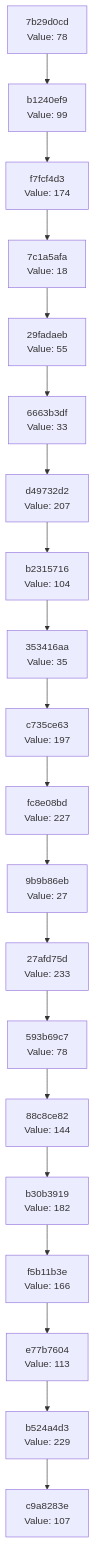
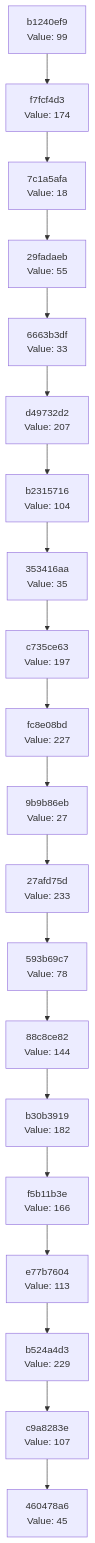
The diagram in docs/CHAIN_VISUALIZATION.md (Abhisheksinha1506/hash-chain-evolver), drawn with Mermaid before and after one commit. The commit also changed 2 other files, not shown here.

Commit message:
Evolution step: hash 0x2D → action executed

````diff
--- a/docs/CHAIN_VISUALIZATION.md
+++ b/docs/CHAIN_VISUALIZATION.md
@@ -3,42 +3,42 @@
 ```mermaid
 graph TD
-    C0["c9a8283e<br/>Value: 107"]
-    C1["b524a4d3<br/>Value: 229"]
+    C0["460478a6<br/>Value: 45"]
+    C1["c9a8283e<br/>Value: 107"]
     C1 --> C0
-    C2["e77b7604<br/>Value: 113"]
+    C2["b524a4d3<br/>Value: 229"]
     C2 --> C1
-    C3["f5b11b3e<br/>Value: 166"]
+    C3["e77b7604<br/>Value: 113"]
     C3 --> C2
-    C4["b30b3919<br/>Value: 182"]
+    C4["f5b11b3e<br/>Value: 166"]
     C4 --> C3
-    C5["88c8ce82<br/>Value: 144"]
+    C5["b30b3919<br/>Value: 182"]
     C5 --> C4
-    C6["593b69c7<br/>Value: 78"]
+    C6["88c8ce82<br/>Value: 144"]
     C6 --> C5
-    C7["27afd75d<br/>Value: 233"]
+    C7["593b69c7<br/>Value: 78"]
     C7 --> C6
-    C8["9b9b86eb<br/>Value: 27"]
+    C8["27afd75d<br/>Value: 233"]
     C8 --> C7
-    C9["fc8e08bd<br/>Value: 227"]
+    C9["9b9b86eb<br/>Value: 27"]
     C9 --> C8
-    C10["c735ce63<br/>Value: 197"]
+    C10["fc8e08bd<br/>Value: 227"]
     C10 --> C9
-    C11["353416aa<br/>Value: 35"]
+    C11["c735ce63<br/>Value: 197"]
     C11 --> C10
-    C12["b2315716<br/>Value: 104"]
+    C12["353416aa<br/>Value: 35"]
     C12 --> C11
-    C13["d49732d2<br/>Value: 207"]
+    C13["b2315716<br/>Value: 104"]
     C13 --> C12
-    C14["6663b3df<br/>Value: 33"]
+    C14["d49732d2<br/>Value: 207"]
     C14 --> C13
-    C15["29fadaeb<br/>Value: 55"]
+    C15["6663b3df<br/>Value: 33"]
     C15 --> C14
-    C16["7c1a5afa<br/>Value: 18"]
+    C16["29fadaeb<br/>Value: 55"]
     C16 --> C15
-    C17["f7fcf4d3<br/>Value: 174"]
+    C17["7c1a5afa<br/>Value: 18"]
     C17 --> C16
-    C18["b1240ef9<br/>Value: 99"]
+    C18["f7fcf4d3<br/>Value: 174"]
     C18 --> C17
-    C19["7b29d0cd<br/>Value: 78"]
+    C19["b1240ef9<br/>Value: 99"]
     C19 --> C18
 ```
````
